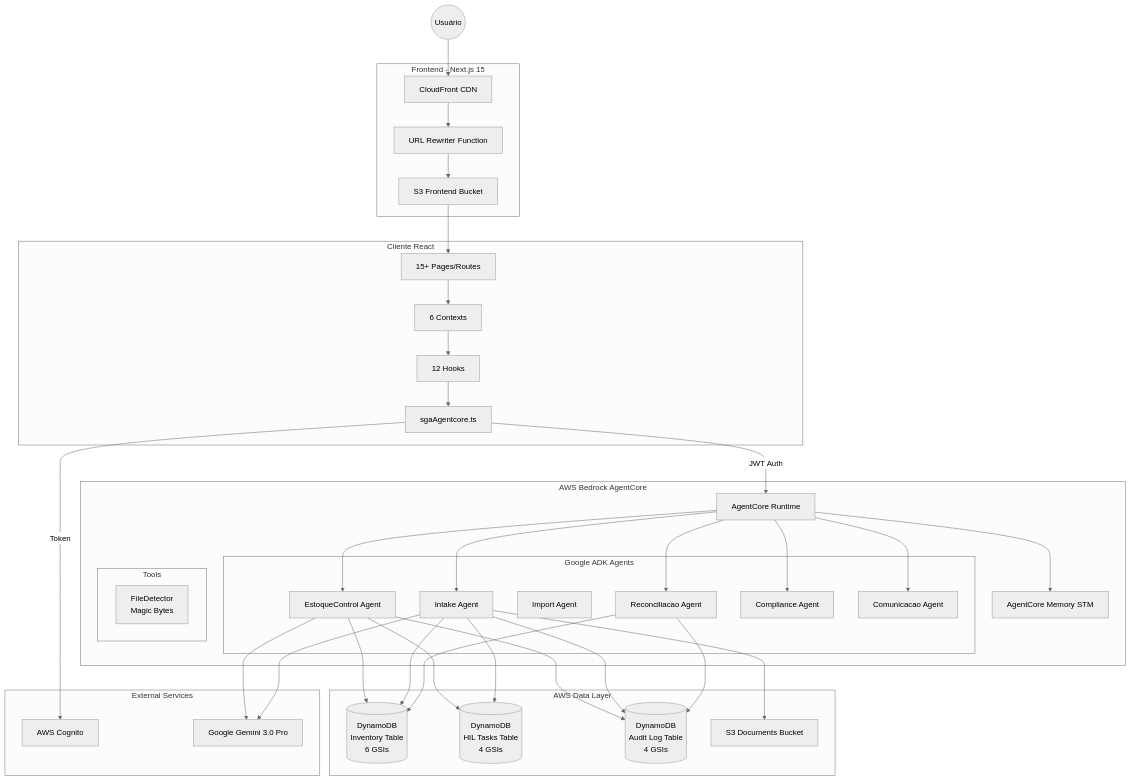
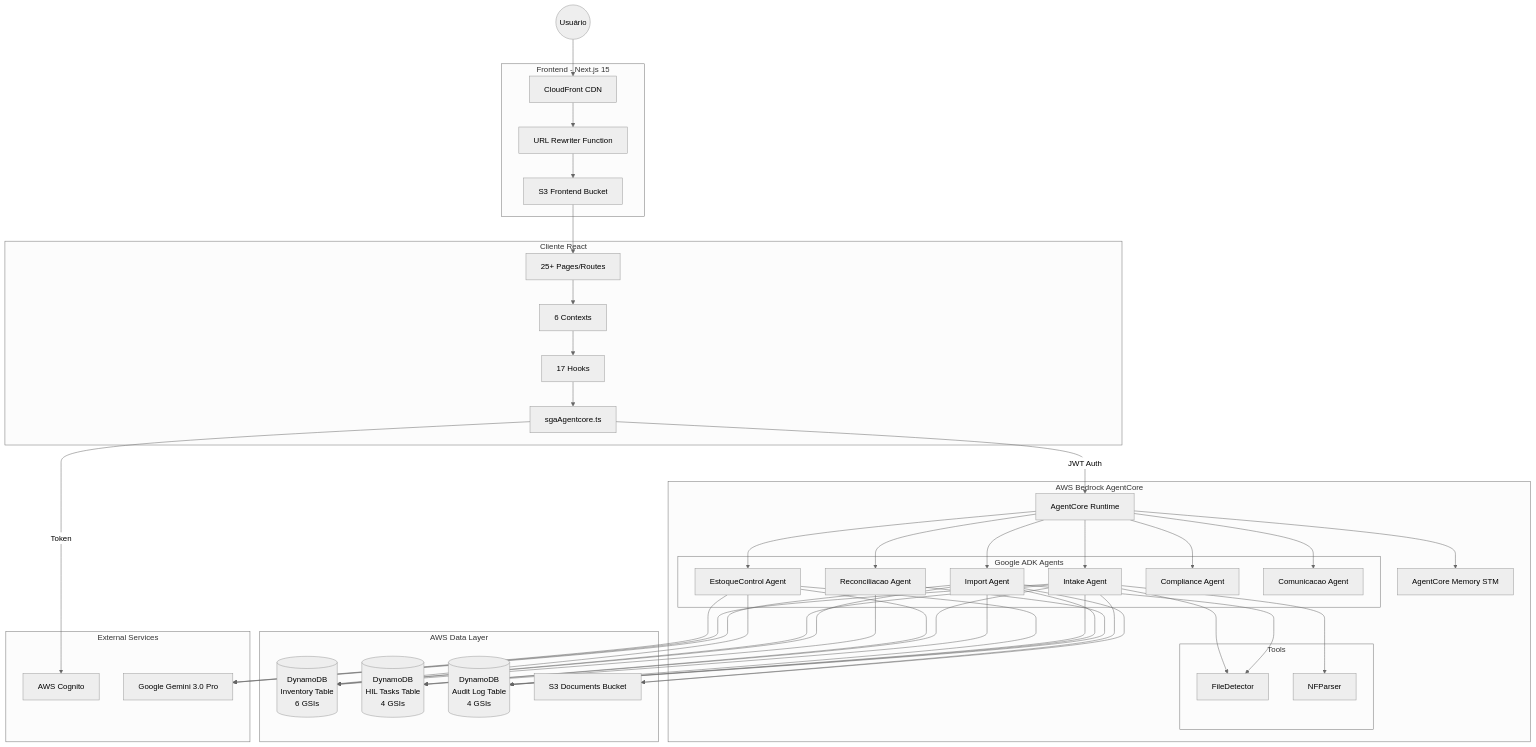
One commit to LPDigital-Agent/lpd-faiston-allinone changed the first of 17 diagrams in docs/architecture/SGA_ESTOQUE_ARCHITECTURE.md. Above: the diagram before and after it, drawn with Mermaid (neutral theme).

Commit message:
docs(sga): update high-level architecture diagram
Updated metrics and connections:
- Pages: 15+ → 25+ (reflects wiki, expedicao, analytics)
- Hooks: 12 → 17 (reflects useSmartImporter, useSAPImport, etc.)
- Added Import Agent to agent connections
- Added FileDetector and NFParser to Tools subgraph
- Added Intake & Import → FileDetect connection
- Added Import → DDBInv, DDBHIL, DDBAudit, S3Docs, Gemini

🤖 Generated with [Claude Code](https://claude.com/claude-code)

````diff
--- a/docs/architecture/SGA_ESTOQUE_ARCHITECTURE.md
+++ b/docs/architecture/SGA_ESTOQUE_ARCHITECTURE.md
@@ -11,59 +11,62 @@
 ```mermaid
 flowchart TB
     subgraph "Frontend - Next.js 15"
         CF[CloudFront CDN]
         S3F[S3 Frontend Bucket]
         URLRw[URL Rewriter Function]
     end
 
     subgraph "Cliente React"
-        Pages[15+ Pages/Routes]
+        Pages[25+ Pages/Routes]
         Contexts[6 Contexts]
-        Hooks[12 Hooks]
+        Hooks[17 Hooks]
         Services[sgaAgentcore.ts]
     end
 
     subgraph "AWS Bedrock AgentCore"
         Runtime[AgentCore Runtime]
         Memory[AgentCore Memory STM]
 
         subgraph "Google ADK Agents"
             EstoqueCtrl[EstoqueControl Agent]
             Intake[Intake Agent]
             Import[Import Agent]
             Reconciliacao[Reconciliacao Agent]
             Compliance[Compliance Agent]
             Comunicacao[Comunicacao Agent]
         end
 
         subgraph "Tools"
-            FileDetect[FileDetector\nMagic Bytes]
+            FileDetect[FileDetector]
+            NFParser[NFParser]
         end
     end
 
     subgraph "AWS Data Layer"
         DDBInv[(DynamoDB\nInventory Table\n6 GSIs)]
         DDBHIL[(DynamoDB\nHIL Tasks Table\n4 GSIs)]
         DDBAudit[(DynamoDB\nAudit Log Table\n4 GSIs)]
         S3Docs[S3 Documents Bucket]
     end
 
     subgraph "External Services"
         Cognito[AWS Cognito]
         Gemini[Google Gemini 3.0 Pro]
     end
 
     User((Usuário)) --> CF
     CF --> URLRw --> S3F
     S3F --> Pages
     Pages --> Contexts --> Hooks --> Services
     Services -->|JWT Auth| Runtime
     Runtime --> Memory
-    Runtime --> EstoqueCtrl & Intake & Reconciliacao & Compliance & Comunicacao
-    EstoqueCtrl & Intake & Reconciliacao --> DDBInv
-    EstoqueCtrl & Intake --> DDBHIL
-    EstoqueCtrl & Intake & Reconciliacao --> DDBAudit
-    Intake --> S3Docs
-    EstoqueCtrl & Intake --> Gemini
+    Runtime --> EstoqueCtrl & Intake & Import & Reconciliacao & Compliance & Comunicacao
+    Intake & Import --> FileDetect
+    Intake --> NFParser
+    EstoqueCtrl & Intake & Import & Reconciliacao --> DDBInv
+    EstoqueCtrl & Intake & Import --> DDBHIL
+    EstoqueCtrl & Intake & Import & Reconciliacao --> DDBAudit
+    Intake & Import --> S3Docs
+    EstoqueCtrl & Intake & Import --> Gemini
     Services -->|Token| Cognito
 ```
````
